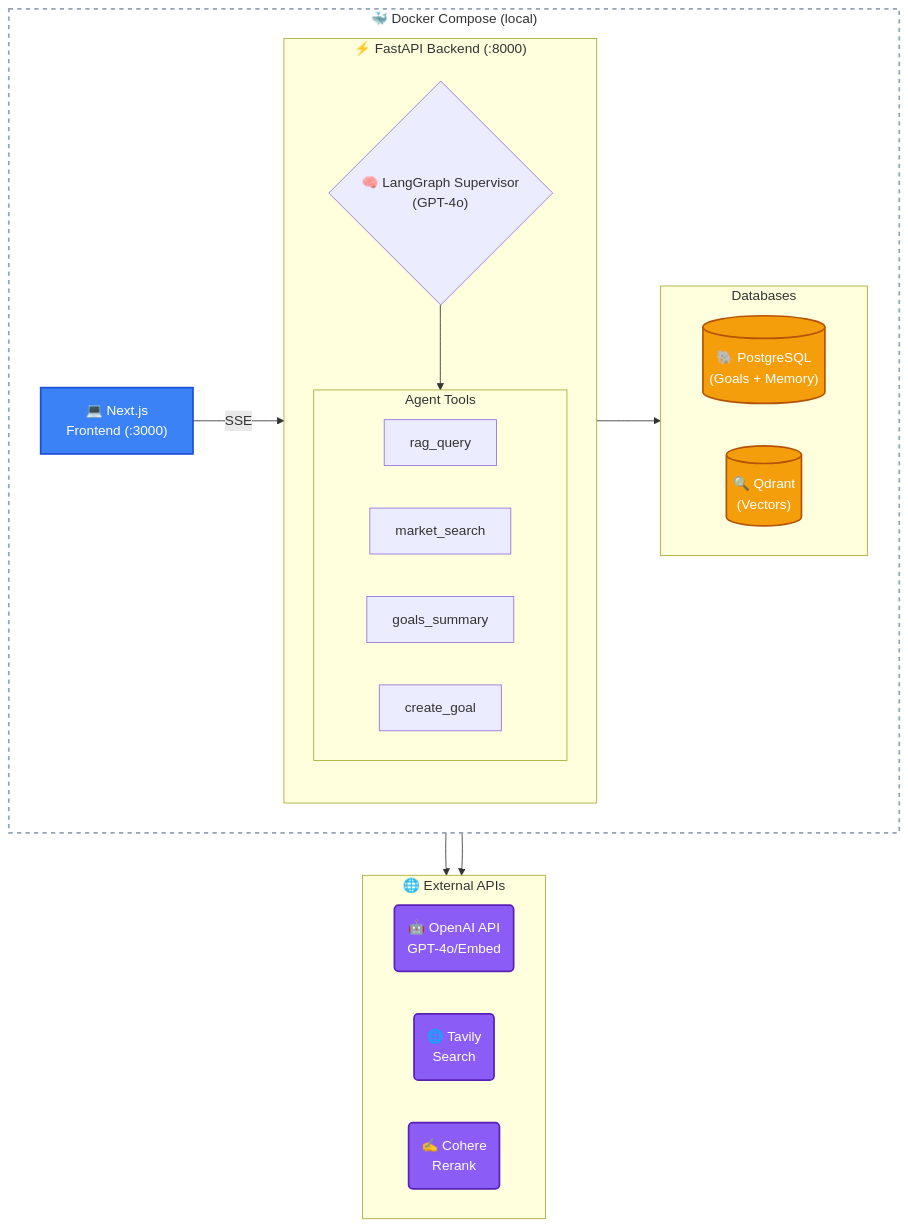
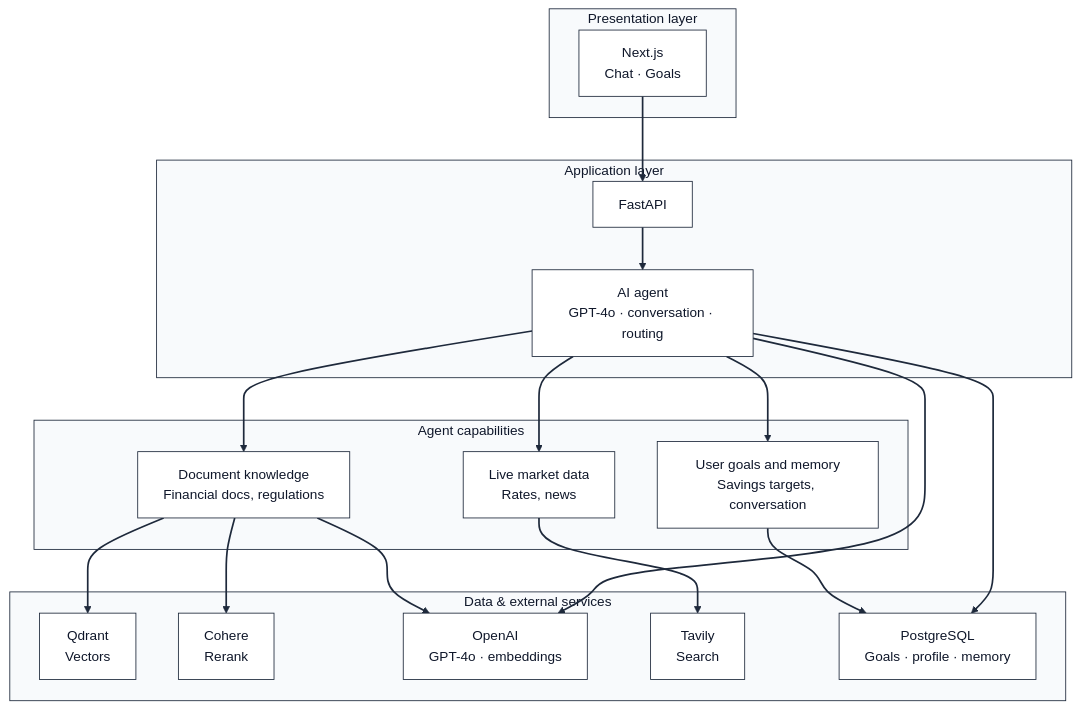
One commit to adrian-barcan/AIE9-Certification-Challenge changed the diagram in CERTIFICATION_DELIVERABLES.md. Above: the diagram before and after it, drawn with Mermaid. The commit also changed other lines of this file, not shown here.

Commit message:
refactor: Update architecture diagram for clarity, enhance documentation on local document knowledge base, and revise financial document list for accuracy.

````diff
--- a/CERTIFICATION_DELIVERABLES.md
+++ b/CERTIFICATION_DELIVERABLES.md
@@ -41,56 +43,50 @@
 ```mermaid
-flowchart TD
-    %% Styling
-    classDef frontend fill:#3b82f6,color:#fff,stroke:#1d4ed8,stroke-width:2px;
-    classDef backend fill:#10b981,color:#fff,stroke:#047857,stroke-width:2px;
-    classDef db fill:#f59e0b,color:#fff,stroke:#b45309,stroke-width:2px;
-    classDef external fill:#8b5cf6,color:#fff,stroke:#5b21b6,stroke-width:2px;
-    classDef docker fill:transparent,stroke:#94a3b8,stroke-width:2px,stroke-dasharray: 5 5;
-
-    %% Components
-    subgraph Docker ["🐳 Docker Compose (local)"]
-        direction LR
-        
-        NextJS["💻 Next.js<br>Frontend (:3000)"]:::frontend
-        
-        subgraph FastAPI ["⚡ FastAPI Backend (:8000)"]
-            direction TB
-            Supervisor{"🧠 LangGraph Supervisor<br>(GPT-4o)"}
-            
-            subgraph Tools ["Agent Tools"]
-                direction LR
-                RAG["rag_query"]
-                Market["market_search"]
-                Goals["goals_summary"]
-                Create["create_goal"]
-            end
-            
-            Supervisor --> Tools
-        end
-        
-        NextJS -- "SSE" --> FastAPI
-        
-        subgraph DBS ["Databases"]
-            direction LR
-            Postgres[("🐘 PostgreSQL<br>(Goals + Memory)")]:::db
-            Qdrant[("🔍 Qdrant<br>(Vectors)")]:::db
-        end
-        
-        FastAPI --> DBS
+%%{init: {'theme':'base', 'themeVariables': {
+  'primaryColor':'#fff', 'primaryTextColor':'#0f172a', 'primaryBorderColor':'#1e293b',
+  'secondaryColor':'#f8fafc', 'secondaryTextColor':'#0f172a', 'secondaryBorderColor':'#1e293b',
+  'tertiaryColor':'#f1f5f9', 'tertiaryTextColor':'#0f172a', 'tertiaryBorderColor':'#1e293b',
+  'lineColor':'#1e293b', 'secondaryLineColor':'#1e293b',
+  'background':'#ffffff', 'mainBkg':'#ffffff', 'secondBkg':'#f8fafc', 'tertiaryBkg':'#f1f5f9',
+  'clusterBkg':'#f8fafc', 'clusterBorder':'#1e293b', 'titleColor':'#0f172a',
+  'edgeLabelBackground':'#ffffff', 'nodeBorder':'#1e293b', 'nodeTextColor':'#0f172a',
+  'fontSize':'16px'
+}}}%%
+flowchart TB
+    subgraph Presentation ["Presentation layer"]
+        WebApp["Next.js<br/>Chat · Goals"]
     end
 
-    %% External APIs
-    subgraph APIs ["🌐 External APIs"]
-        direction LR
-        OpenAI("🤖 OpenAI API<br>GPT-4o/Embed"):::external
-        Tavily("🌐 Tavily<br>Search"):::external
-        Cohere("✍️ Cohere<br>Rerank"):::external
+    subgraph Application ["Application layer"]
+        Backend["FastAPI"]
+        Agent["AI agent<br/>GPT-4o · conversation · routing"]
+        Backend --> Agent
     end
 
-    %% Connections
-    Tools --> APIs
-    Qdrant --> Cohere
-    
-    %% Assign classes to subgraph borders
-    class Docker docker;
+    subgraph Capabilities ["Agent capabilities"]
+        Docs["Document knowledge<br/>Financial docs, regulations"]
+        Market["Live market data<br/>Rates, news"]
+        Goals["User goals and memory<br/>Savings targets, conversation"]
+    end
+
+    subgraph Data ["Data & external services"]
+        Qdrant["Qdrant<br/>Vectors"]
+        Cohere["Cohere<br/>Rerank"]
+        OpenAI["OpenAI<br/>GPT-4o · embeddings"]
+        Tavily["Tavily<br/>Search"]
+        Postgres["PostgreSQL<br/>Goals · profile · memory"]
+    end
+
+    WebApp --> Backend
+    Agent --> Docs
+    Agent --> Market
+    Agent --> Goals
+    Docs --> Qdrant
+    Docs --> Cohere
+    Docs --> OpenAI
+    Market --> Tavily
+    Goals --> Postgres
+    Agent --> Postgres
+    Agent --> OpenAI
+
+    linkStyle 0,1,2,3,4,5,6,7,8,9,10,11 stroke:#1e293b,stroke-width:2px
 ```
````
